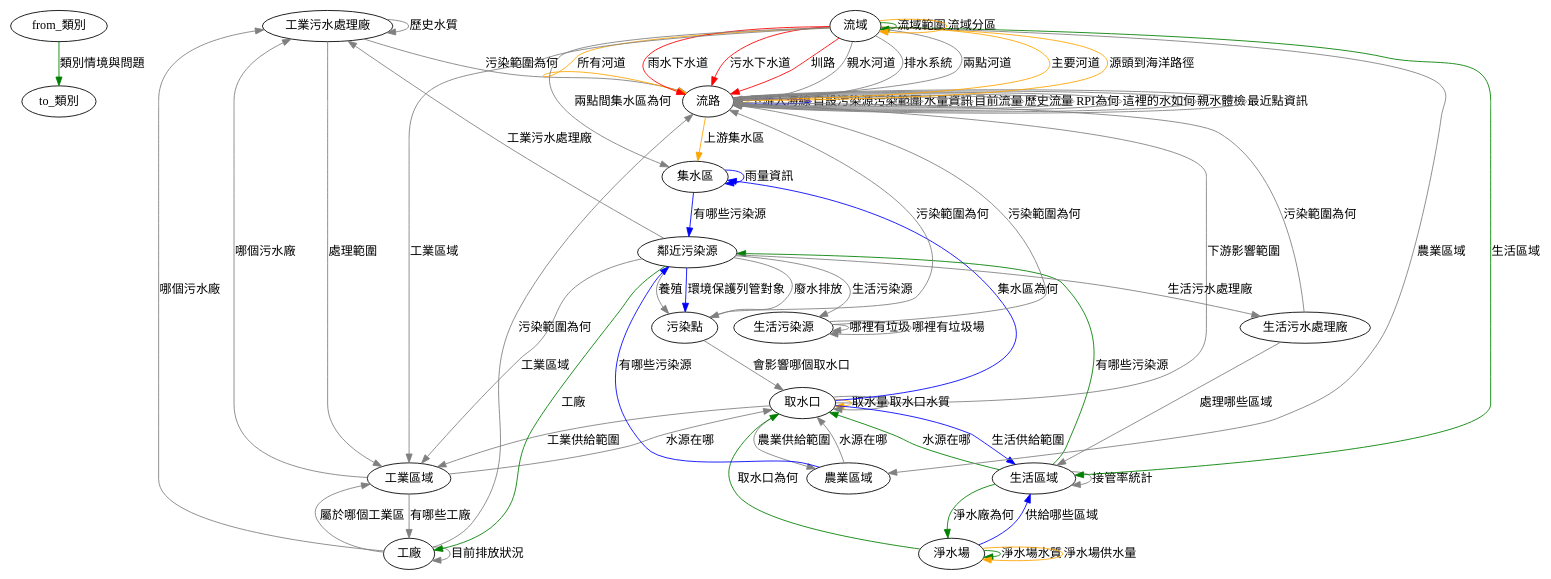
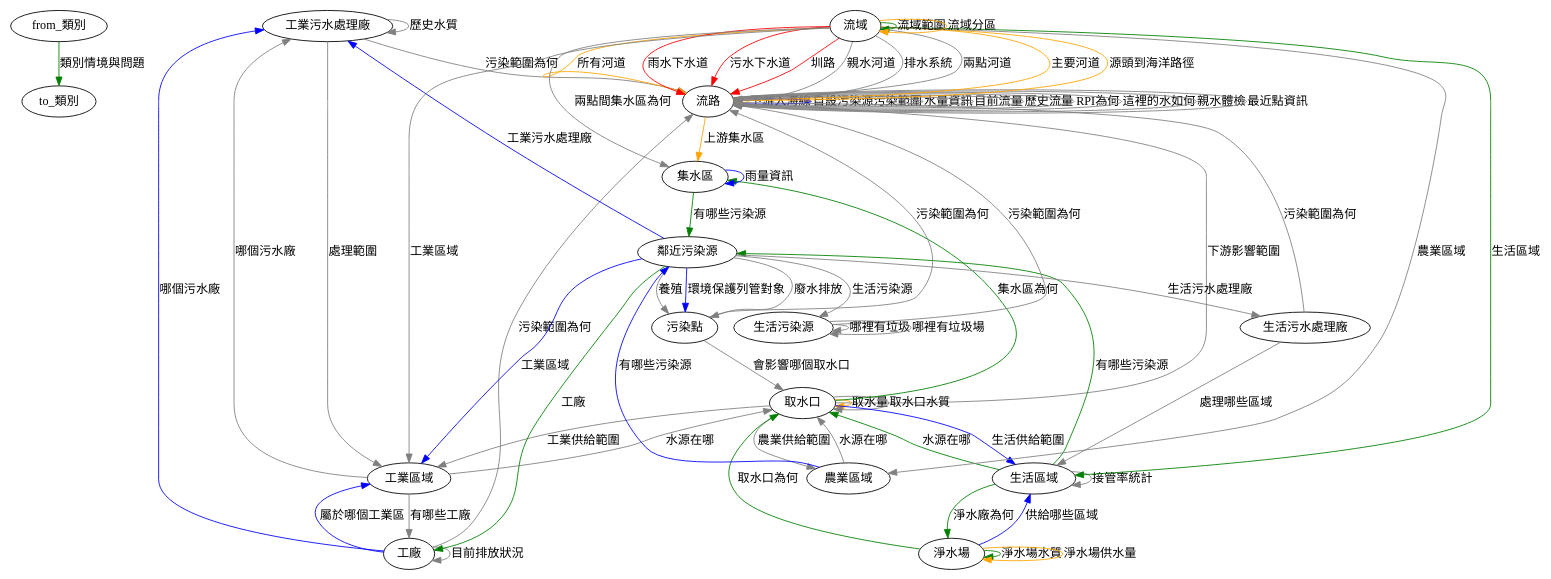
Before and after one commit to aga3134/SourcingWater: the diagram in tools/TopoTextToDot/output.dot, drawn with Graphviz. The commit also changed 8 other files, not shown here.

```diff
--- a/tools/TopoTextToDot/output.dot
+++ b/tools/TopoTextToDot/output.dot
@@ -1,72 +1,72 @@
 digraph G {
 	"from_類別"->"to_類別"[label="類別情境與問題",color="green",style=""]
 	"工業污水處理廠"->"流路"[label="污染範圍為何",color="gray",style=""]
 	"工業污水處理廠"->"工業區域"[label="處理範圍",color="gray",style=""]
 	"工業污水處理廠"->"工業污水處理廠"[label="歷史水質",color="gray",style=""]
 	"工業區域"->"工業污水處理廠"[label="哪個污水廠",color="gray",style=""]
 	"工業區域"->"工廠"[label="有哪些工廠",color="gray",style=""]
 	"工業區域"->"取水口"[label="水源在哪",color="gray",style=""]
+	"工廠"->"工業污水處理廠"[label="哪個污水廠",color="blue",style=""]
+	"工廠"->"工業區域"[label="屬於哪個工業區",color="blue",style=""]
 	"工廠"->"工廠"[label="目前排放狀況",color="gray",style=""]
 	"工廠"->"流路"[label="污染範圍為何",color="gray",style=""]
-	"工廠"->"工業污水處理廠"[label="哪個污水廠",color="gray",style=""]
-	"工廠"->"工業區域"[label="屬於哪個工業區",color="gray",style=""]
 	"生活污水處理廠"->"流路"[label="污染範圍為何",color="gray",style=""]
 	"生活污水處理廠"->"生活區域"[label="處理哪些區域",color="gray",style=""]
 	"生活污染源"->"流路"[label="污染範圍為何",color="gray",style=""]
 	"生活污染源"->"生活污染源"[label="哪裡有垃圾",color="gray",style=""]
 	"生活污染源"->"生活污染源"[label="哪裡有垃圾場",color="gray",style=""]
 	"生活區域"->"取水口"[label="水源在哪",color="green",style=""]
 	"生活區域"->"淨水場"[label="淨水廠為何",color="green",style=""]
 	"生活區域"->"鄰近污染源"[label="有哪些污染源",color="green",style=""]
 	"生活區域"->"生活區域"[label="接管率統計",color="gray",style=""]
 	"污染點"->"流路"[label="污染範圍為何",color="gray",style=""]
 	"污染點"->"取水口"[label="會影響哪個取水口",color="gray",style=""]
+	"取水口"->"集水區"[label="集水區為何",color="green",style=""]
 	"取水口"->"取水口"[label="取水量",color="orange",style=""]
-	"取水口"->"集水區"[label="集水區為何",color="blue",style=""]
 	"取水口"->"生活區域"[label="生活供給範圍",color="blue",style=""]
 	"取水口"->"流路"[label="下游影響範圍",color="gray",style=""]
 	"取水口"->"取水口"[label="取水口水質",color="gray",style=""]
 	"取水口"->"農業區域"[label="農業供給範圍",color="gray",style=""]
 	"取水口"->"工業區域"[label="工業供給範圍",color="gray",style=""]
 	"流域"->"流域"[label="流域範圍",color="green",style=""]
 	"流域"->"生活區域"[label="生活區域",color="green",style=""]
 	"流域"->"流路"[label="主要河道",color="orange",style=""]
 	"流域"->"流路"[label="源頭到海洋路徑",color="orange",style=""]
 	"流域"->"流路"[label="所有河道",color="orange",style=""]
 	"流域"->"流域"[label="流域分區",color="orange",style=""]
 	"流域"->"流路"[label="雨水下水道",color="red",style=""]
 	"流域"->"流路"[label="污水下水道",color="red",style=""]
 	"流域"->"流路"[label="圳路",color="red",style=""]
 	"流域"->"流路"[label="親水河道",color="gray",style=""]
 	"流域"->"農業區域"[label="農業區域",color="gray",style=""]
 	"流域"->"工業區域"[label="工業區域",color="gray",style=""]
 	"流域"->"流路"[label="排水系統",color="gray",style=""]
 	"流域"->"流路"[label="兩點河道",color="gray",style=""]
 	"流域"->"集水區"[label="兩點間集水區為何",color="gray",style=""]
 	"流路"->"集水區"[label="上游集水區",color="orange",style=""]
 	"流路"->"流路"[label="下游入海線",color="orange",style=""]
 	"流路"->"流路"[label="自設污染源污染範圍",color="blue",style=""]
 	"流路"->"流路"[label="水量資訊",color="gray",style=""]
 	"流路"->"流路"[label="目前流量",color="gray",style=""]
 	"流路"->"流路"[label="歷史流量",color="gray",style=""]
 	"流路"->"流路"[label="RPI為何",color="gray",style=""]
 	"流路"->"流路"[label="這裡的水如何",color="gray",style=""]
 	"流路"->"流路"[label="親水體檢",color="gray",style=""]
 	"流路"->"流路"[label="最近點資訊",color="gray",style=""]
 	"淨水場"->"取水口"[label="取水口為何",color="green",style=""]
 	"淨水場"->"淨水場"[label="淨水場水質",color="green",style=""]
 	"淨水場"->"淨水場"[label="淨水場供水量",color="orange",style=""]
 	"淨水場"->"生活區域"[label="供給哪些區域",color="blue",style=""]
-	"集水區"->"鄰近污染源"[label="有哪些污染源",color="blue",style=""]
+	"集水區"->"鄰近污染源"[label="有哪些污染源",color="green",style=""]
 	"集水區"->"集水區"[label="雨量資訊",color="blue",style=""]
 	"農業區域"->"鄰近污染源"[label="有哪些污染源",color="blue",style=""]
 	"農業區域"->"取水口"[label="水源在哪",color="gray",style=""]
 	"鄰近污染源"->"工廠"[label="工廠",color="green",style=""]
 	"鄰近污染源"->"污染點"[label="環境保護列管對象",color="blue",style=""]
-	"鄰近污染源"->"工業區域"[label="工業區域",color="gray",style=""]
+	"鄰近污染源"->"工業區域"[label="工業區域",color="blue",style=""]
+	"鄰近污染源"->"工業污水處理廠"[label="工業污水處理廠",color="blue",style=""]
 	"鄰近污染源"->"生活污染源"[label="生活污染源",color="gray",style=""]
-	"鄰近污染源"->"工業污水處理廠"[label="工業污水處理廠",color="gray",style=""]
 	"鄰近污染源"->"生活污水處理廠"[label="生活污水處理廠",color="gray",style=""]
 	"鄰近污染源"->"污染點"[label="廢水排放",color="gray",style=""]
 	"鄰近污染源"->"污染點"[label="養殖",color="gray",style=""]
 }
```
